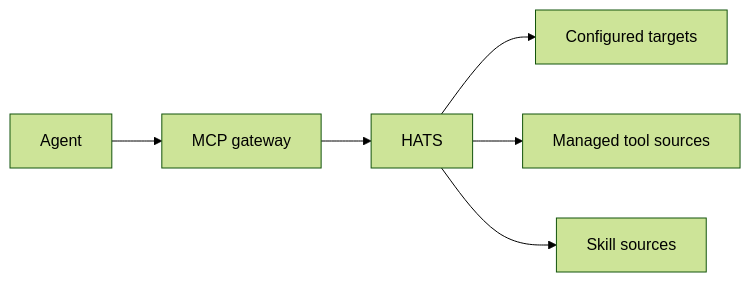
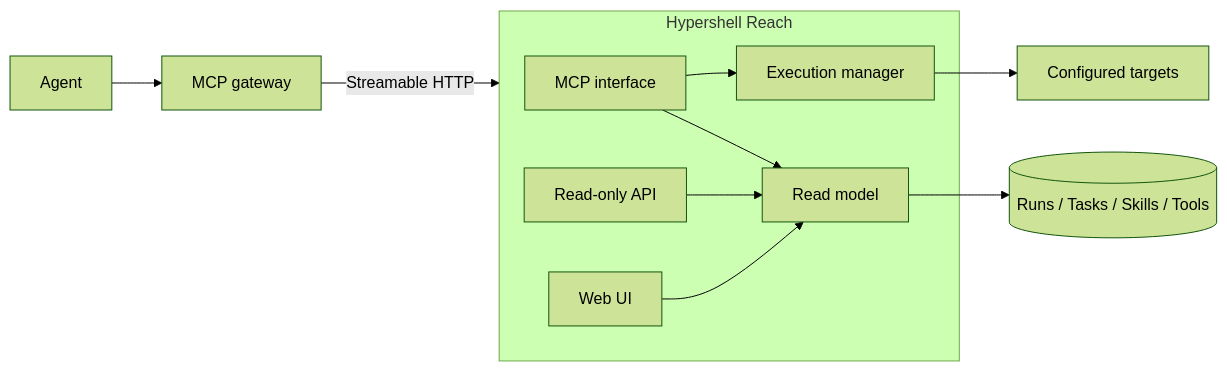
The diagram in README.md (X1pheR/hypershell-reach), drawn with Mermaid (forest theme) before and after one commit. The commit also changed other lines of this file and 84 other files, not shown here.

First line of the commit message:
feat: launch Hypershell Reach 0.5.0 (#16)

````diff
--- a/README.md
+++ b/README.md
@@ -11,8 +9,20 @@
 ```mermaid
 flowchart LR
-    Agent[Agent] --> Gateway[MCP gateway]
-    Gateway --> HATS[HATS]
-    HATS --> Targets[Configured targets]
-    HATS --> Tools[Managed tool sources]
-    HATS --> Skills[Skill sources]
+    A[Agent] --> G[MCP gateway]
+    G -->|Streamable HTTP| R
+
+    subgraph R[Hypershell Reach]
+        MCP[MCP interface]
+        API[Read-only API]
+        UI[Web UI]
+        EX[Execution manager]
+        RM[Read model]
+        MCP --> EX
+        MCP --> RM
+        API --> RM
+        UI --> RM
+    end
+
+    EX --> T[Configured targets]
+    RM --> S[(Runs / Tasks / Skills / Tools)]
 ```
````
